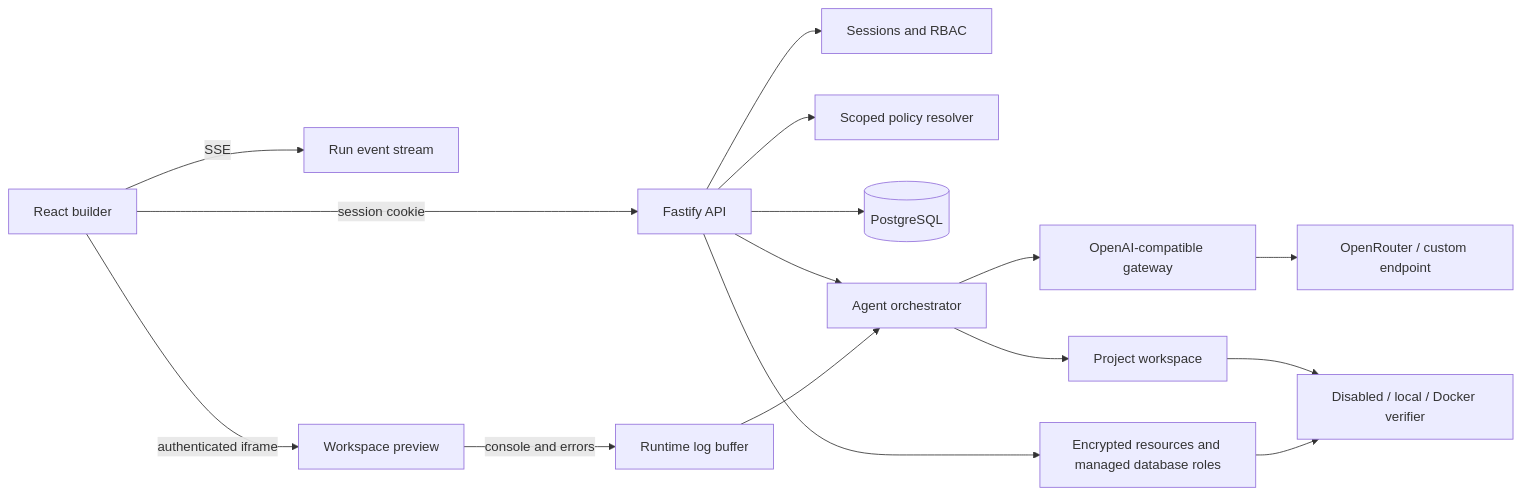
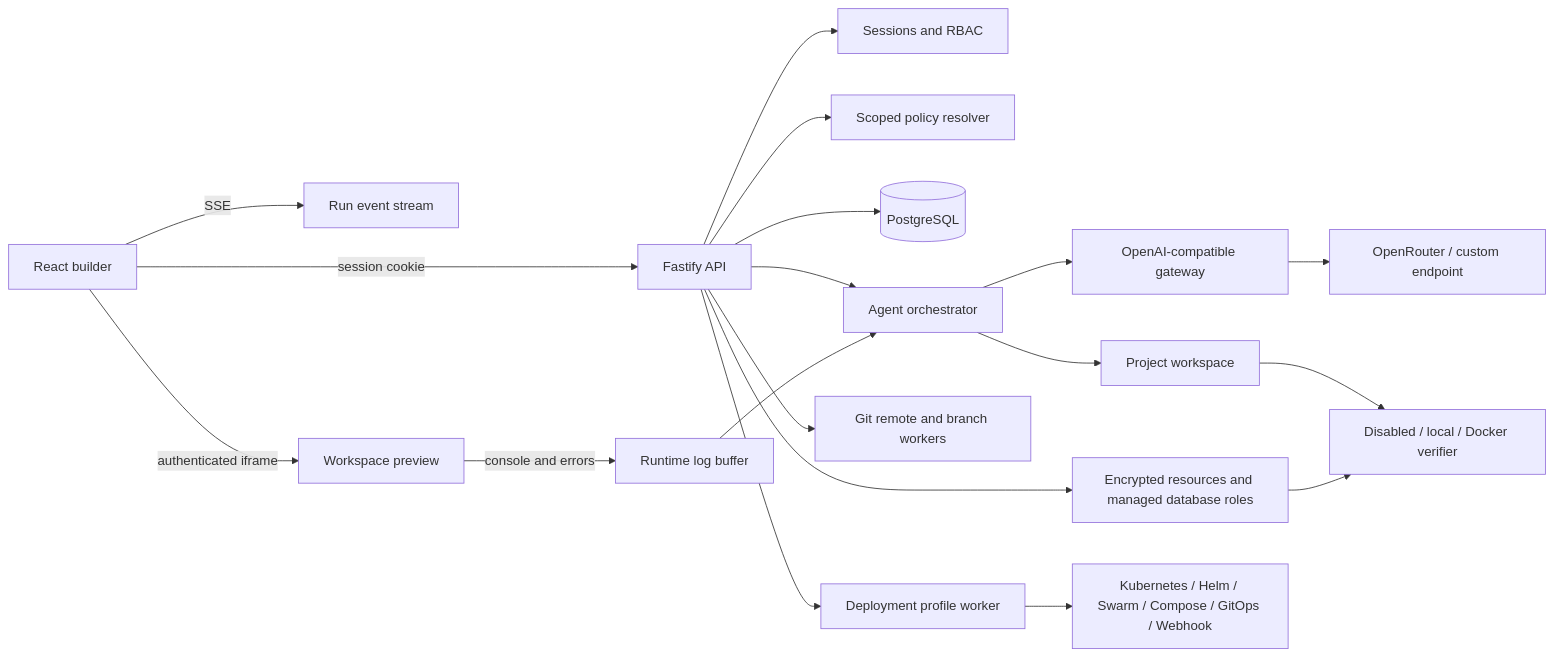
The diagram in docs/architecture.md (CodinMoldovanu/vibeable), drawn with Mermaid before and after one commit. The commit also changed other lines of this file and 27 other files, not shown here.

Commit message:
feat: add governed delivery and git workers

````diff
--- a/docs/architecture.md
+++ b/docs/architecture.md
@@ -5,18 +5,21 @@
 ```mermaid
 flowchart LR
   Browser["React builder"] -->|session cookie| API["Fastify API"]
   Browser -->|SSE| Runs["Run event stream"]
   Browser -->|authenticated iframe| Preview["Workspace preview"]
   API --> Auth["Sessions and RBAC"]
   API --> Policy["Scoped policy resolver"]
   API --> DB[(PostgreSQL)]
   API --> Agent["Agent orchestrator"]
   API --> Resources["Encrypted resources and managed database roles"]
   Agent --> Gateway["OpenAI-compatible gateway"]
   Gateway --> Provider["OpenRouter / custom endpoint"]
   Agent --> Workspace["Project workspace"]
   Workspace --> Executor["Disabled / local / Docker verifier"]
   Preview -->|console and errors| Logs["Runtime log buffer"]
   Logs --> Agent
   Resources --> Executor
+  API --> Git["Git remote and branch workers"]
+  API --> Delivery["Deployment profile worker"]
+  Delivery --> Targets["Kubernetes / Helm / Swarm / Compose / GitOps / Webhook"]
 ```
````
